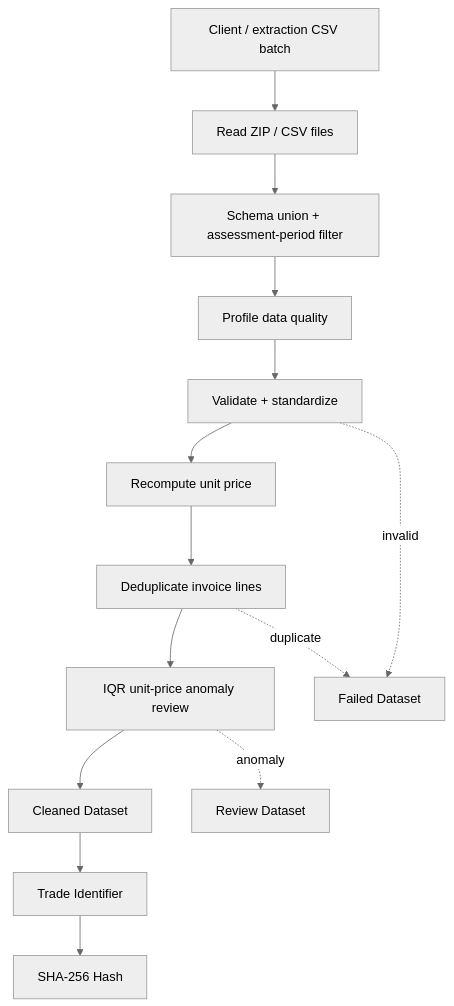
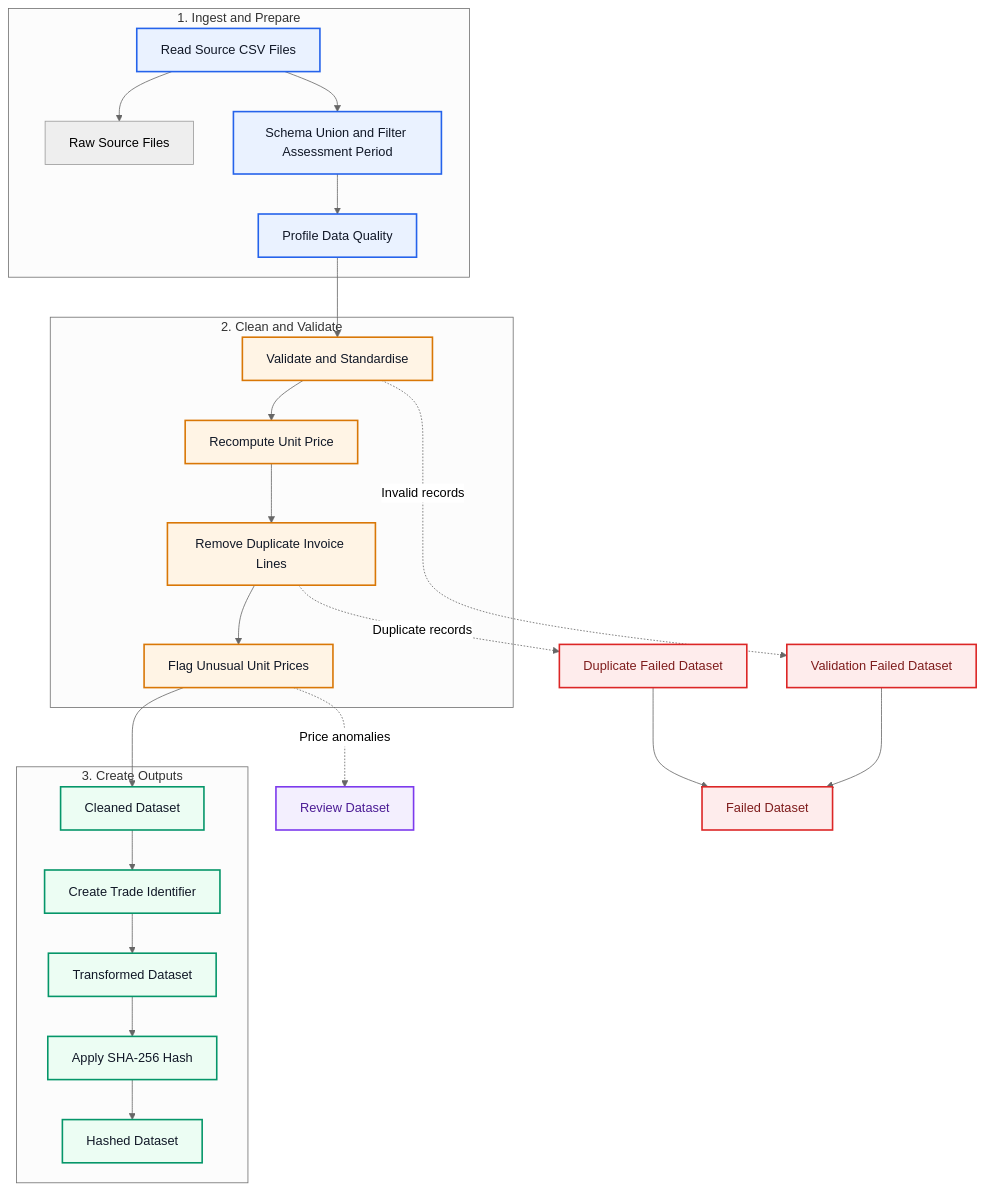
One commit to blaire101/aws-trade-document-data-pipeline changed the diagram in README.md. Above: the diagram before and after it, drawn with Mermaid (neutral theme). The commit also changed other lines of this file, not shown here.

````diff
--- a/README.md
+++ b/README.md
@@ -10,16 +56,54 @@
 ```mermaid
 flowchart TD
-    A[Client / extraction CSV batch] --> B[Read ZIP / CSV files]
-    B --> C[Schema union + assessment-period filter]
-    C --> D[Profile data quality]
-    D --> E[Validate + standardize]
-    E --> F[Recompute unit price]
-    F --> G[Deduplicate invoice lines]
-    G --> H[IQR unit-price anomaly review]
-    H --> I[Cleaned Dataset]
-    I --> J[Trade Identifier]
-    J --> K[SHA-256 Hash]
-    E -. invalid .-> X[Failed Dataset]
-    G -. duplicate .-> X
-    H -. anomaly .-> Y[Review Dataset]
+    subgraph P1[1. Ingest and Prepare]
+        A[Read Source CSV Files]
+        R[Raw Source Files]
+        B[Schema Union and Filter Assessment Period]
+        C[Profile Data Quality]
+
+        A --> R
+        A --> B --> C
+    end
+
+    subgraph P2[2. Clean and Validate]
+        D[Validate and Standardise]
+        E[Recompute Unit Price]
+        F[Remove Duplicate Invoice Lines]
+        G[Flag Unusual Unit Prices]
+
+        D --> E --> F --> G
+    end
+
+    subgraph P3[3. Create Outputs]
+        H[Cleaned Dataset]
+        I[Create Trade Identifier]
+        J[Transformed Dataset]
+        K[Apply SHA-256 Hash]
+        L[Hashed Dataset]
+
+        H --> I --> J --> K --> L
+    end
+
+    C --> D
+    G --> H
+
+    D -. Invalid records .-> X1[Validation Failed Dataset]
+    F -. Duplicate records .-> X2[Duplicate Failed Dataset]
+
+    X1 --> X[Failed Dataset]
+    X2 --> X
+
+    G -. Price anomalies .-> Y[Review Dataset]
+
+    classDef ingest fill:#EAF2FF,stroke:#2563EB,stroke-width:2px,color:#111827;
+    classDef quality fill:#FFF4E5,stroke:#D97706,stroke-width:2px,color:#111827;
+    classDef output fill:#ECFDF3,stroke:#059669,stroke-width:2px,color:#111827;
+    classDef failed fill:#FEECEC,stroke:#DC2626,stroke-width:2px,color:#7F1D1D;
+    classDef review fill:#F3EFFE,stroke:#7C3AED,stroke-width:2px,color:#4C1D95;
+
+    class A,B,C ingest;
+    class D,E,F,G quality;
+    class H,I,J,K,L output;
+    class X1,X2,X failed;
+    class Y review;
 ```
````
